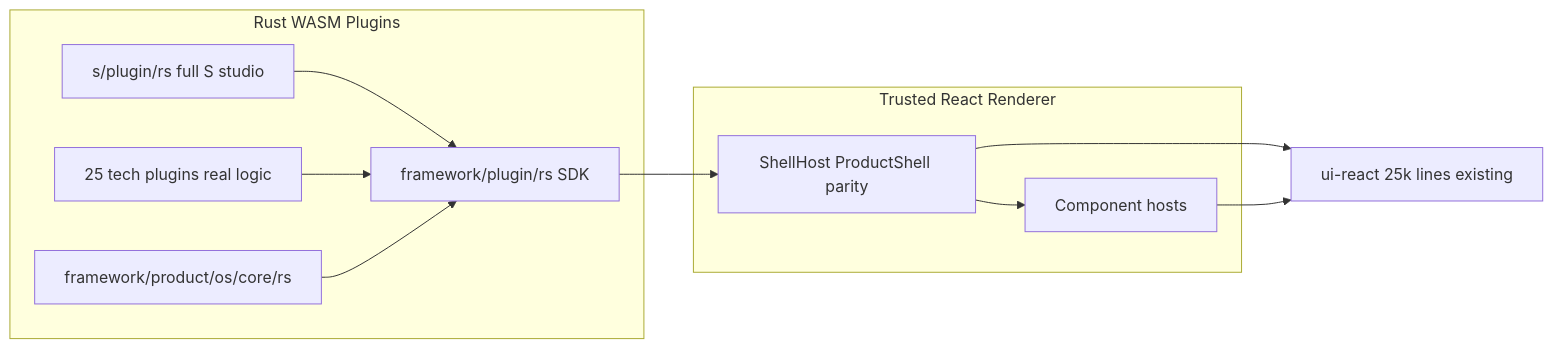
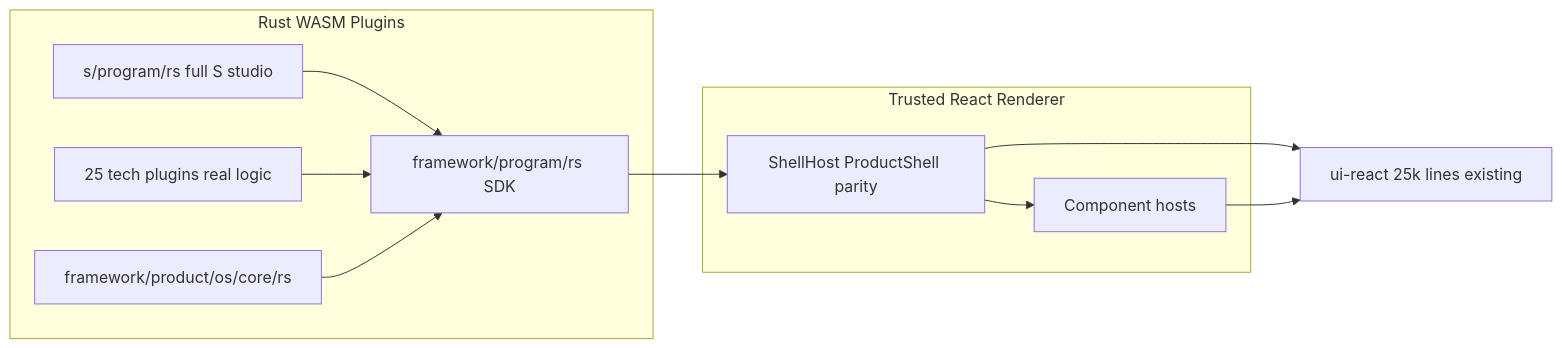
The diagram in .cursor/plans/s_studio_full_parity_port_145ba465.plan.md (usalu/semio), drawn with Mermaid before and after one commit. The commit also changed other lines of this file and 1361 other files, not shown here.

````diff
--- a/.cursor/plans/s_studio_full_parity_port_145ba465.plan.md
+++ b/.cursor/plans/s_studio_full_parity_port_145ba465.plan.md
@@ -50,20 +50,20 @@
 ```mermaid
 flowchart LR
     subgraph rust [Rust WASM Plugins]
-        splugin[s/plugin/rs full S studio]
+        splugin[s/program/rs full S studio]
         techplugins[25 tech plugins real logic]
-        sdk[framework/plugin/rs SDK]
+        sdk[framework/program/rs SDK]
         oscore[framework/product/os/core/rs]
     end
     subgraph renderer [Trusted React Renderer]
         shell[ShellHost ProductShell parity]
         hosts[Component hosts]
     end
     uireact[ui-react 25k lines existing]
     splugin --> sdk --> shell
     techplugins --> sdk
     oscore --> sdk
     shell --> uireact
     hosts --> uireact
     shell --> hosts
 ```
````
